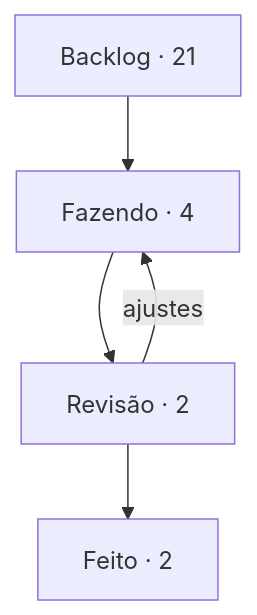
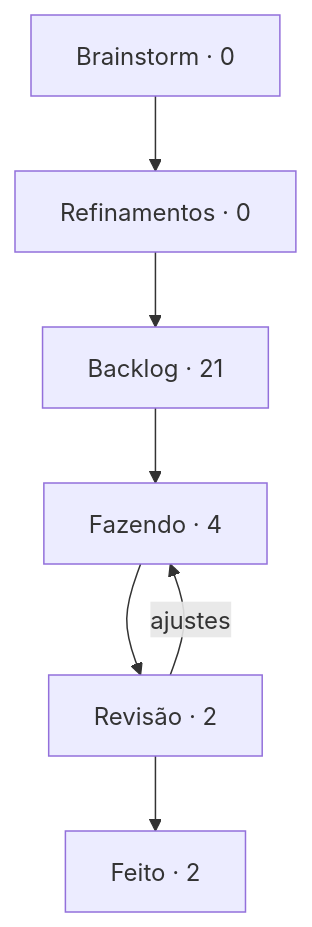
The diagram in boards/dungeon-bend/BOARD.md (StudioVibi/VibiKanban), drawn with Mermaid before and after one commit. The commit also changed other lines of this file and 16 other files, not shown here.

First line of the commit message:
quadro: colunas Brainstorm e Refinamentos, escondidas atrás de uma seta à esquerda

````diff
--- a/boards/dungeon-bend/BOARD.md
+++ b/boards/dungeon-bend/BOARD.md
@@ -5,10 +5,12 @@
 ```mermaid
 flowchart TD
-  backlog["Backlog · 21"] --> doing["Fazendo · 4"]
+  brainstorm["Brainstorm · 0"] --> refinamentos["Refinamentos · 0"]
+  refinamentos --> backlog["Backlog · 21"]
+  backlog --> doing["Fazendo · 4"]
   doing --> review["Revisão · 2"]
   review --> done["Feito · 2"]
   review -->|ajustes| doing
   doing:::blue
   review:::yellow
   done:::green
 ```
````
